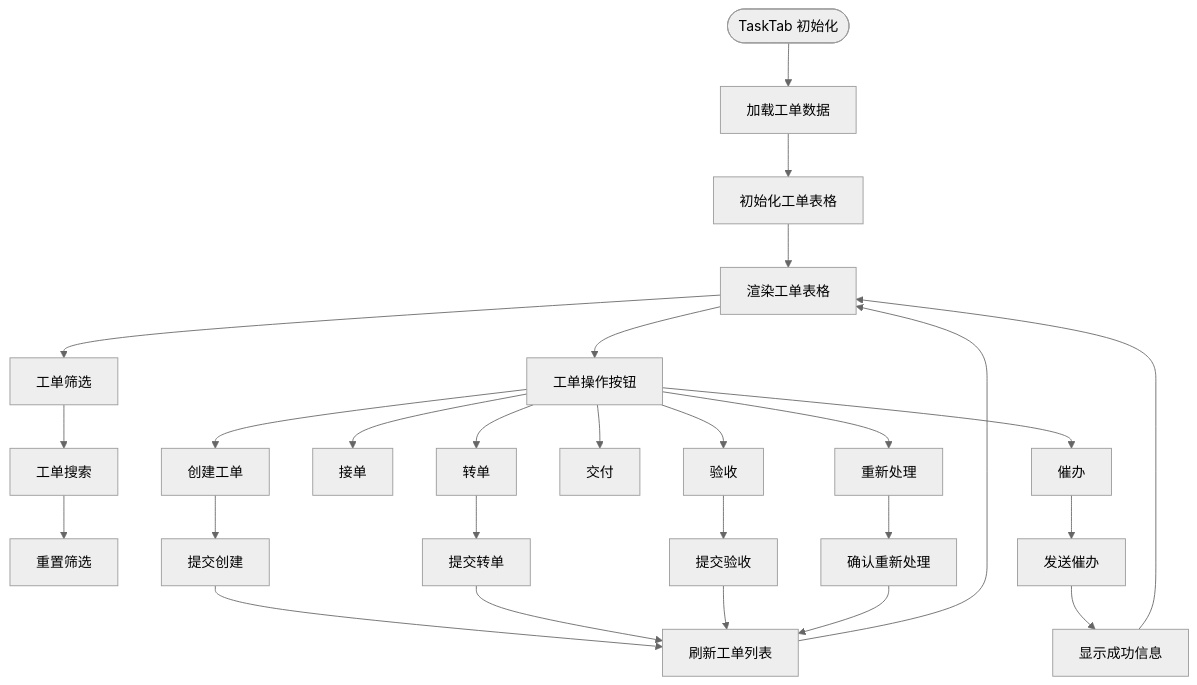
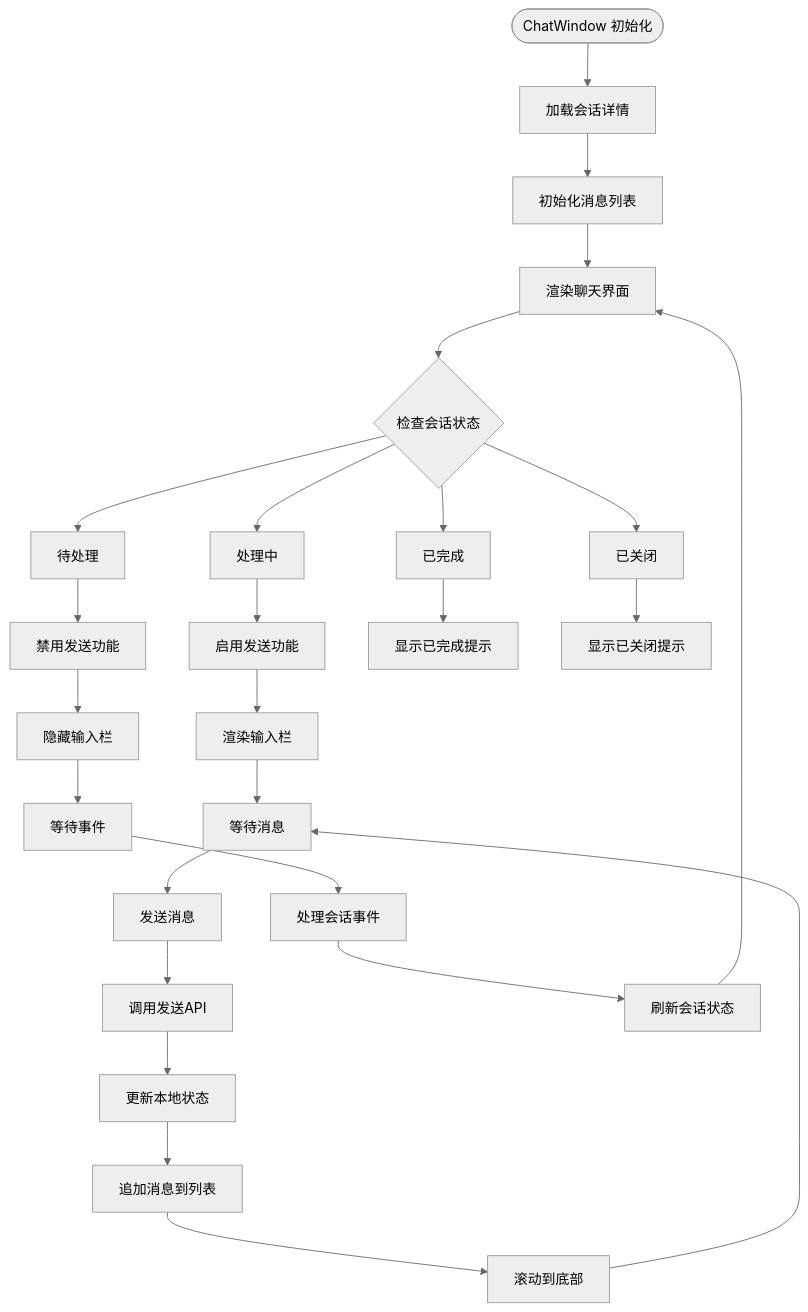
Diagram 13 of 16 in .qoder/repowiki/zh/content/核心模块/客户服务模块.md (xiaoche80s-tech/rouyi-vue-pro), drawn with Mermaid (neutral theme) before and after one commit. The commit also changed other lines of this file and 598 other files, not shown here.

````diff
--- a/.qoder/repowiki/zh/content/核心模块/客户服务模块.md
+++ b/.qoder/repowiki/zh/content/核心模块/客户服务模块.md
@@ -358,29 +707,28 @@
 ```mermaid
 flowchart TD
-TASK_START([TaskTab 初始化]) --> LOAD_TASK_DATA[加载工单数据]
-LOAD_TASK_DATA --> INIT_TASK_TABLE[初始化工单表格]
-INIT_TASK_TABLE --> RENDER_TASK_TABLE[渲染工单表格]
-RENDER_TASK_TABLE --> FILTER_TASK[工单筛选]
-FILTER_TASK --> SEARCH_TASK[工单搜索]
-SEARCH_TASK --> RESET_TASK[重置筛选]
-RENDER_TASK_TABLE --> TASK_ACTION[工单操作按钮]
-TASK_ACTION --> CREATE_TASK[创建工单]
-TASK_ACTION --> ACCEPT_TASK[接单]
-TASK_ACTION --> TRANSFER_TASK[转单]
-TASK_ACTION --> DELIVER_TASK[交付]
-TASK_ACTION --> VERIFY_TASK[验收]
-TASK_ACTION --> REPROCESS_TASK[重新处理]
-TASK_ACTION --> URGENT_TASK[催办]
-CREATE_TASK --> SUBMIT_TASK_CREATE[提交创建]
-TRANSFER_TASK --> SUBMIT_TASK_TRANSFER[提交转单]
-VERIFY_TASK --> SUBMIT_TASK_VERIFY[提交验收]
-REPROCESS_TASK --> CONFIRM_TASK_REPROCESS[确认重新处理]
-URGENT_TASK --> SEND_TASK_URGE[发送催办]
-SUBMIT_TASK_CREATE --> REFRESH_TASK_LIST[刷新工单列表]
-SUBMIT_TASK_TRANSFER --> REFRESH_TASK_LIST
-SUBMIT_TASK_VERIFY --> REFRESH_TASK_LIST
-CONFIRM_TASK_REPROCESS --> REFRESH_TASK_LIST
-SEND_TASK_URGE --> SUCCESS_TASK[显示成功信息]
-REFRESH_TASK_LIST --> RENDER_TASK_TABLE
-SUCCESS_TASK --> RENDER_TASK_TABLE
+CHAT_START([ChatWindow 初始化]) --> LOAD_SESSION[加载会话详情]
+LOAD_SESSION --> INIT_MESSAGES[初始化消息列表]
+INIT_MESSAGES --> RENDER_CHAT[渲染聊天界面]
+RENDER_CHAT --> CHECK_STATUS{检查会话状态}
+CHECK_STATUS --> STATUS_PENDING[待处理]
+CHECK_STATUS --> STATUS_PROCESSING[处理中]
+CHECK_STATUS --> STATUS_COMPLETED[已完成]
+CHECK_STATUS --> STATUS_CLOSED[已关闭]
+STATUS_PENDING --> DISABLE_SEND[禁用发送功能]
+STATUS_PROCESSING --> ENABLE_SEND[启用发送功能]
+STATUS_COMPLETED --> SHOW_COMPLETED[显示已完成提示]
+STATUS_CLOSED --> SHOW_CLOSED[显示已关闭提示]
+ENABLE_SEND --> RENDER_INPUT[渲染输入栏]
+DISABLE_SEND --> HIDE_INPUT[隐藏输入栏]
+RENDER_INPUT --> WAIT_MESSAGE[等待消息]
+HIDE_INPUT --> WAIT_EVENT[等待事件]
+WAIT_MESSAGE --> SEND_MESSAGE[发送消息]
+WAIT_EVENT --> HANDLE_EVENT[处理会话事件]
+SEND_MESSAGE --> CALL_API[调用发送API]
+CALL_API --> UPDATE_LOCAL[更新本地状态]
+UPDATE_LOCAL --> APPEND_MESSAGE[追加消息到列表]
+APPEND_MESSAGE --> SCROLL_BOTTOM[滚动到底部]
+SCROLL_BOTTOM --> WAIT_MESSAGE
+HANDLE_EVENT --> REFRESH_SESSION[刷新会话状态]
+REFRESH_SESSION --> RENDER_CHAT
 ```
````
